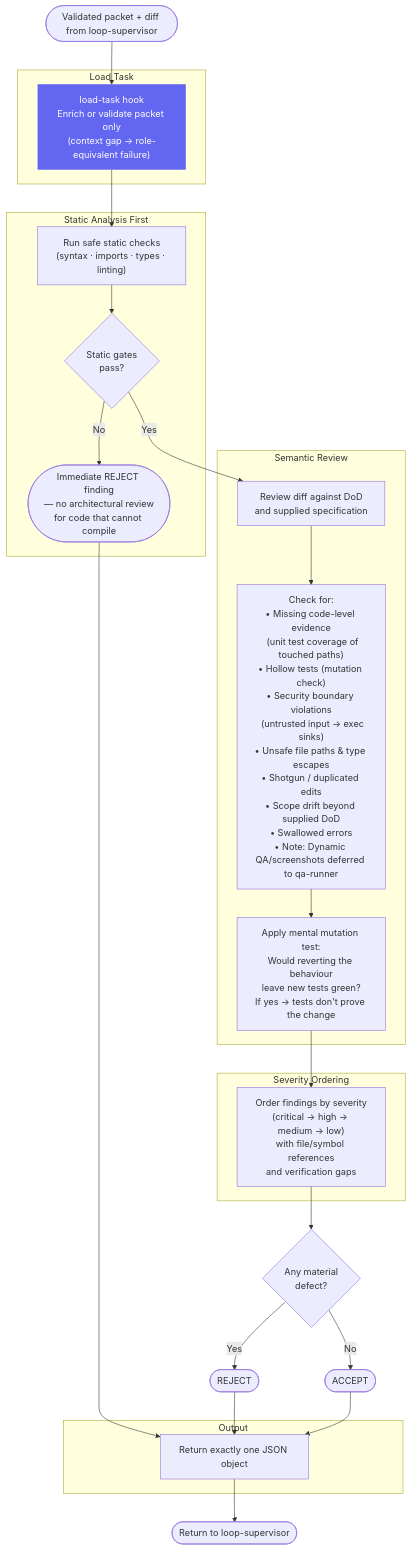
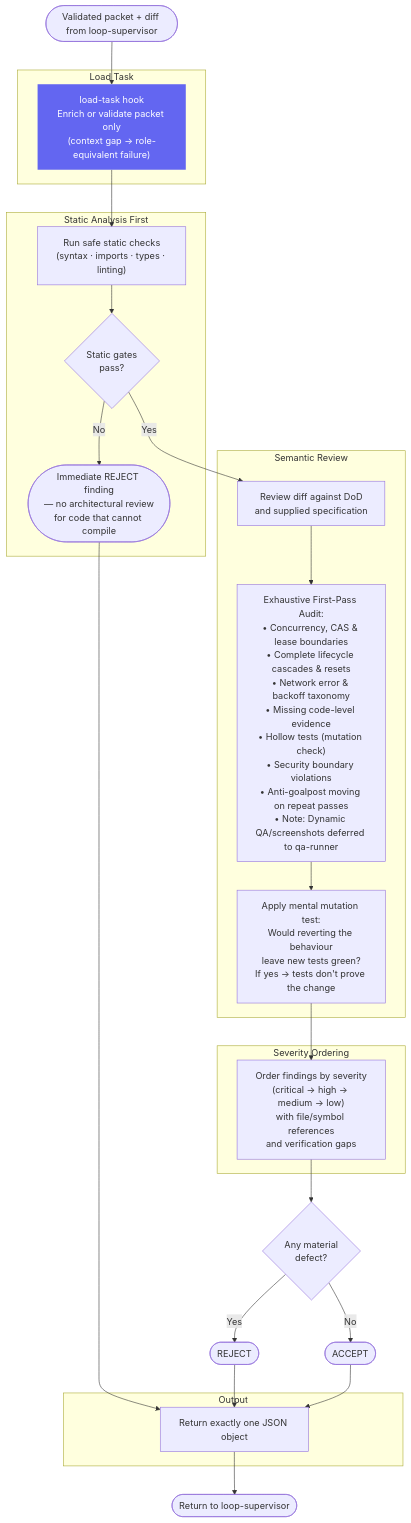
The diagram in docs/architecture/code-reviewer.md (ericmaster/agent-fabric), drawn with Mermaid before and after one commit. The commit also changed 4 other files, not shown here.

Commit message:
feat(agents): add whole-system lifecycle contract and exhaustive audit protocol

````diff
--- a/docs/architecture/code-reviewer.md
+++ b/docs/architecture/code-reviewer.md
@@ -12,50 +12,50 @@
 ```mermaid
 flowchart TD
     START([Validated packet + diff from loop-supervisor]) --> LT
 
     subgraph "Load Task"
         LT["load-task hook\nEnrich or validate packet only\n(context gap → role-equivalent failure)"]
     end
 
     LT --> STATIC
 
     subgraph "Static Analysis First"
         STATIC["Run safe static checks\n(syntax · imports · types · linting)"]
         STATIC_FAIL{Static gates\npass?}
         REJECT_STATIC([Immediate REJECT finding\n— no architectural review\nfor code that cannot compile])
     end
 
     STATIC --> STATIC_FAIL
     STATIC_FAIL -- No --> REJECT_STATIC --> OUTPUT
     STATIC_FAIL -- Yes --> SEMANTIC
 
     subgraph "Semantic Review"
         SEMANTIC["Review diff against DoD\nand supplied specification"]
 
-        CHECK_LIST["Check for:\n• Missing code-level evidence\n  (unit test coverage of touched paths)\n• Hollow tests (mutation check)\n• Security boundary violations\n  (untrusted input → exec sinks)\n• Unsafe file paths & type escapes\n• Shotgun / duplicated edits\n• Scope drift beyond supplied DoD\n• Swallowed errors\n• Note: Dynamic QA/screenshots deferred to qa-runner"]
+        CHECK_LIST["Exhaustive First-Pass Audit:\n• Concurrency, CAS & lease boundaries\n• Complete lifecycle cascades & resets\n• Network error & backoff taxonomy\n• Missing code-level evidence\n• Hollow tests (mutation check)\n• Security boundary violations\n• Anti-goalpost moving on repeat passes\n• Note: Dynamic QA/screenshots deferred to qa-runner"]
 
         MUTATION["Apply mental mutation test:\nWould reverting the behaviour\nleave new tests green?\nIf yes → tests don't prove the change"]
     end
 
     SEMANTIC --> CHECK_LIST --> MUTATION --> SEVERITY
 
     subgraph "Severity Ordering"
         SEVERITY["Order findings by severity\n(critical → high → medium → low)\nwith file/symbol references\nand verification gaps"]
     end
 
     SEVERITY --> VERDICT{Any material\ndefect?}
 
     VERDICT -- Yes --> REJECT([REJECT])
     VERDICT -- No --> ACCEPT([ACCEPT])
 
     REJECT --> OUTPUT
     ACCEPT --> OUTPUT
 
     subgraph "Output"
         OUTPUT["Return exactly one JSON object"]
     end
 
     OUTPUT --> DONE([Return to loop-supervisor])
 
     style LT fill:#6366f1,color:#fff,stroke:none
 ```
````
